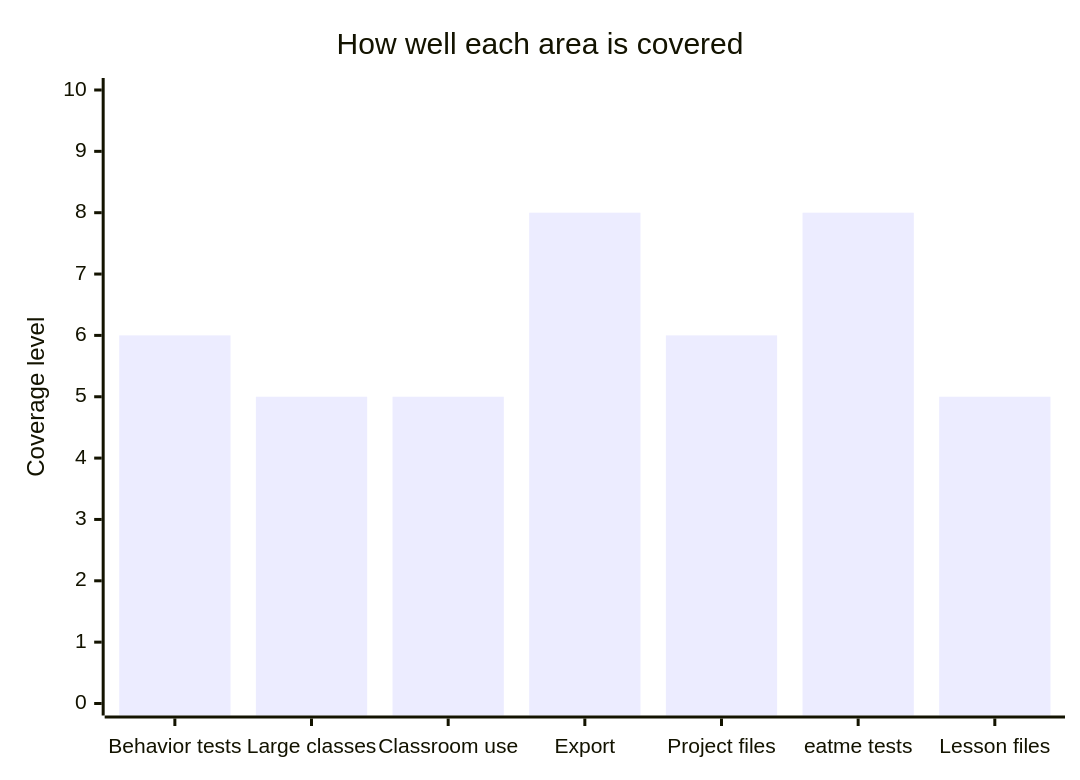
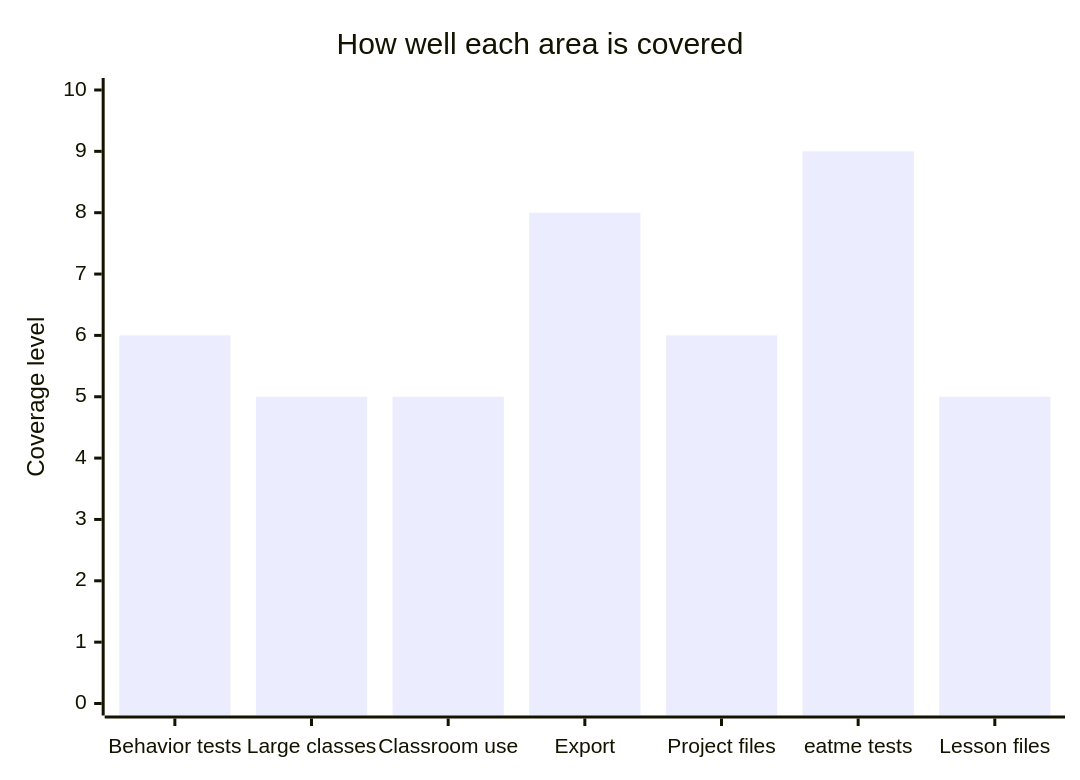
The second of 6 diagrams in README.md (rysweet/drinkme), drawn with Mermaid before and after one commit. The commit also changed other lines of this file and 2 other files, not shown here.

````diff
--- a/README.md
+++ b/README.md
@@ -56,7 +56,7 @@
 ```mermaid
 xychart-beta
   title "How well each area is covered"
   x-axis ["Behavior tests", "Large classes", "Classroom use", "Export", "Project files", "eatme tests", "Lesson files"]
   y-axis "Coverage level" 0 --> 10
-  bar [6, 5, 5, 8, 6, 8, 5]
+  bar [6, 5, 5, 8, 6, 9, 5]
 ```
````
